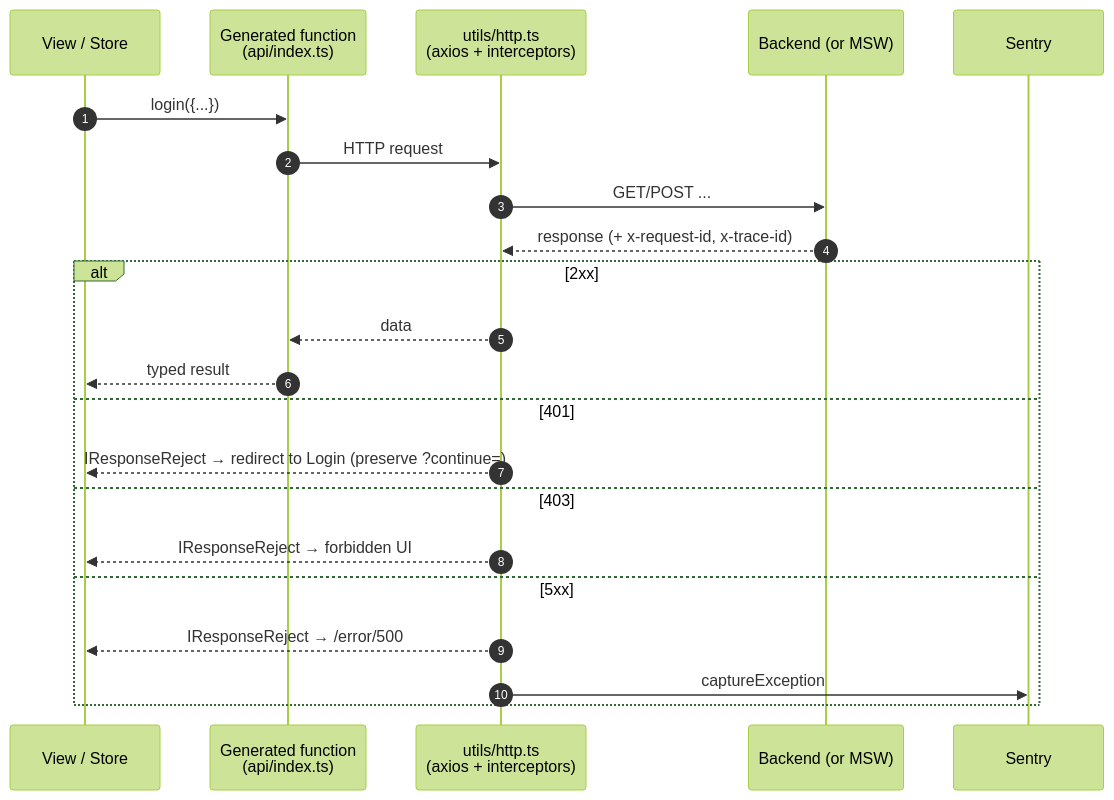
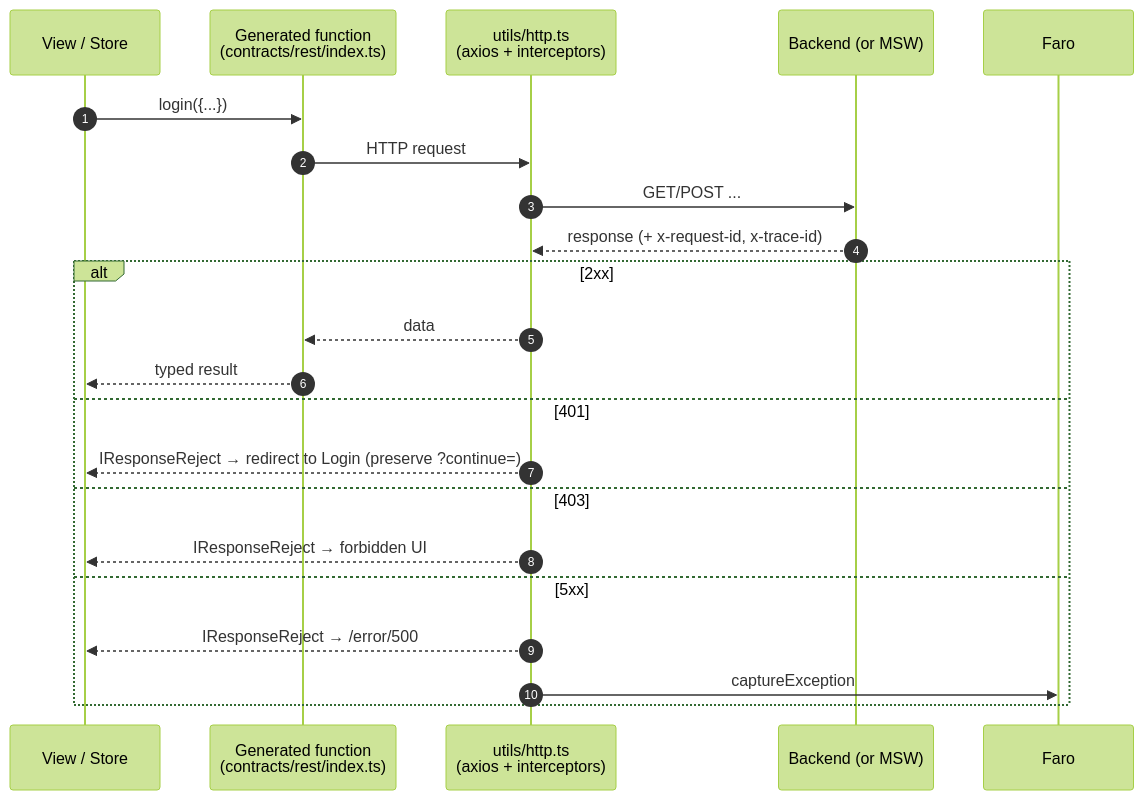
One commit to Guebbit/boilerplate-vue-frontend changed the fourth of 6 diagrams in README.md. Above: the diagram before and after it, drawn with Mermaid (forest theme). The commit also changed other lines of this file and 99 other files, not shown here.

````diff
--- a/README.md
+++ b/README.md
@@ -374,23 +374,23 @@
 ```mermaid
 sequenceDiagram
     autonumber
     participant V as View / Store
-    participant S as Generated function<br/>(api/index.ts)
+    participant S as Generated function<br/>(contracts/rest/index.ts)
     participant H as utils/http.ts<br/>(axios + interceptors)
     participant B as Backend (or MSW)
     V->>S: login({...})
     S->>H: HTTP request
     H->>B: GET/POST ...
     B-->>H: response (+ x-request-id, x-trace-id)
     alt 2xx
         H-->>S: data
         S-->>V: typed result
     else 401
         H-->>V: IResponseReject → redirect to Login (preserve ?continue=)
     else 403
         H-->>V: IResponseReject → forbidden UI
     else 5xx
         H-->>V: IResponseReject → /error/500
-        H->>Sentry: captureException
+        H->>Faro: captureException
     end
 ```
````
